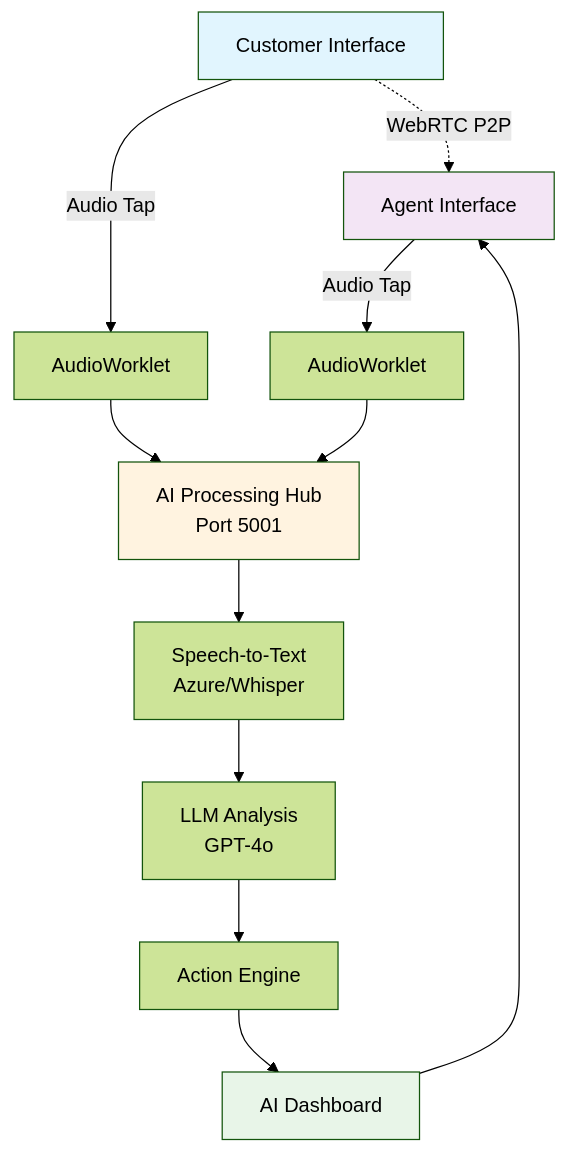
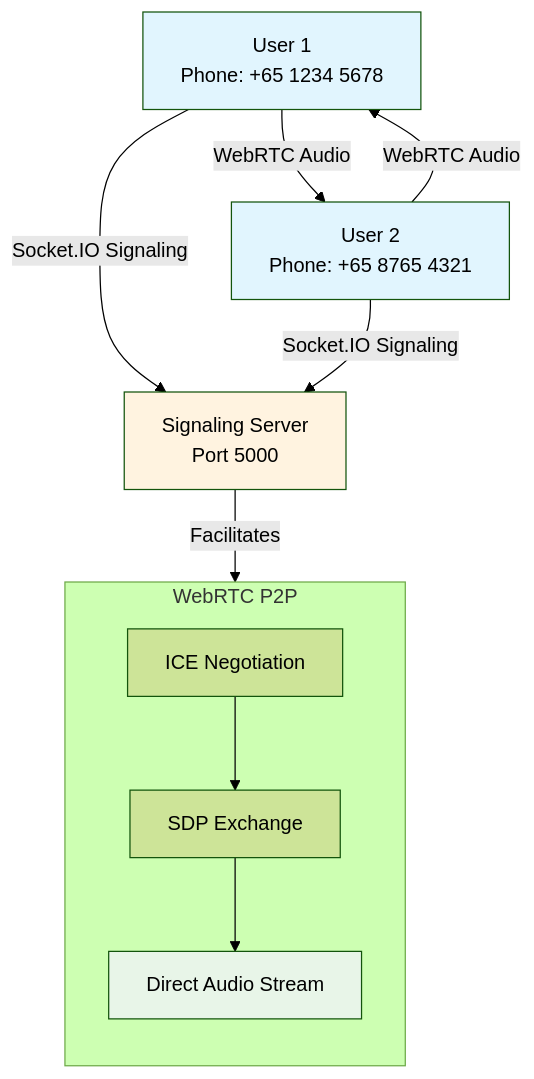
One commit to AllardQuek/AI-Concierge changed the first of 5 diagrams in docs/architecture-diagrams.md. Above: the diagram before and after it, drawn with Mermaid (forest theme). The commit also changed other lines of this file and 7 other files, not shown here.

First line of the commit message:
docs: Modernize documentation to reflect P2P WebRTC calling platform

````diff
--- a/docs/architecture-diagrams.md
+++ b/docs/architecture-diagrams.md
@@ -6,21 +6,24 @@
 ```mermaid
 graph TD
-    C[Customer Interface] -.->|WebRTC P2P| A[Agent Interface]
-    C -->|Audio Tap| AW1[AudioWorklet]
-    A -->|Audio Tap| AW2[AudioWorklet]
+    U1[User 1<br/>Phone: +65 1234 5678] -->|WebRTC Audio| U2[User 2<br/>Phone: +65 8765 4321]
+    U2 -->|WebRTC Audio| U1
     
-    AW1 --> AI[AI Processing Hub<br/>Port 5001]
-    AW2 --> AI
+    U1 -->|Socket.IO Signaling| S[Signaling Server<br/>Port 5000]
+    U2 -->|Socket.IO Signaling| S
     
-    AI --> STT[Speech-to-Text<br/>Azure/Whisper]
-    STT --> LLM[LLM Analysis<br/>GPT-4o]
-    LLM --> ACT[Action Engine]
+    subgraph "WebRTC P2P"
+        direction TB
+        ICE[ICE Negotiation]
+        SDP[SDP Exchange]
+        AUDIO[Direct Audio Stream]
+    end
     
-    ACT --> DASH[AI Dashboard]
-    DASH --> A
+    S -->|Facilitates| ICE
+    ICE --> SDP
+    SDP --> AUDIO
     
-    style C fill:#e1f5fe
-    style A fill:#f3e5f5
-    style AI fill:#fff3e0
-    style DASH fill:#e8f5e8
+    style U1 fill:#e1f5fe
+    style U2 fill:#e1f5fe
+    style S fill:#fff3e0
+    style AUDIO fill:#e8f5e8
 ```
````
